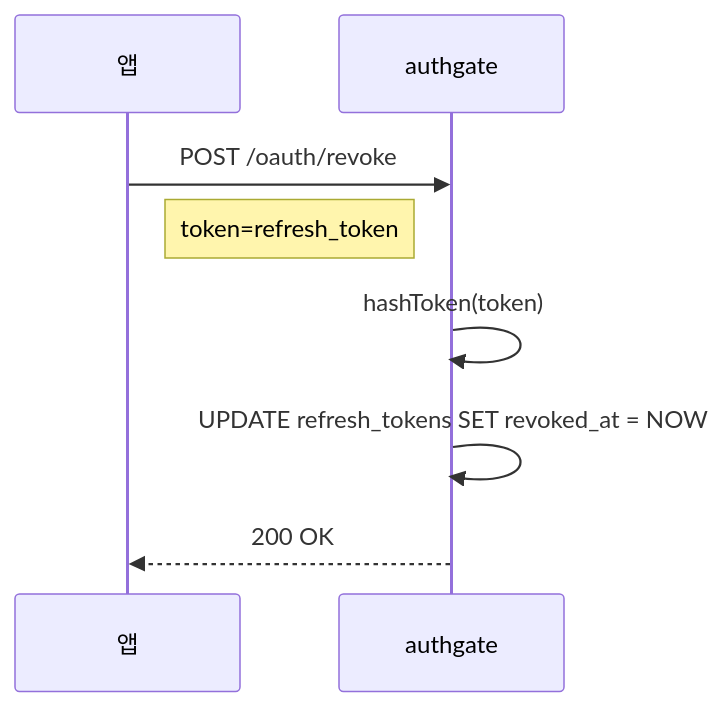
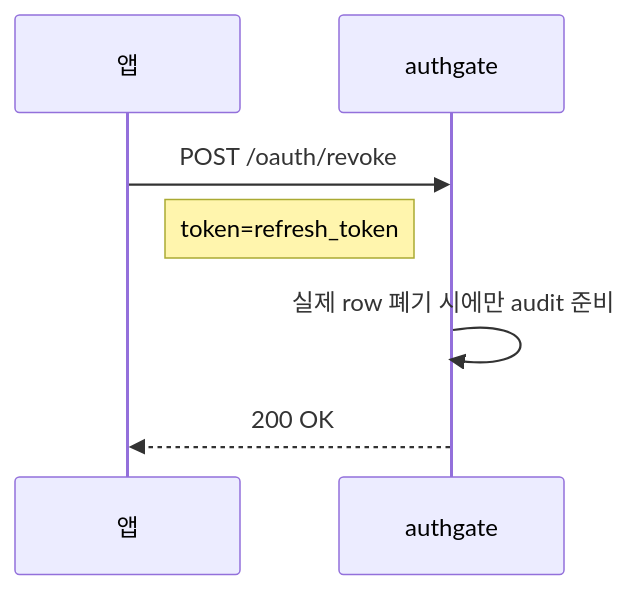
The fourth of 4 diagrams in docs/spec/005-token-lifecycle.md (cagojeiger/authgate), drawn with Mermaid before and after one commit. The commit also changed other lines of this file and 15 other files, not shown here.

````diff
--- a/docs/spec/005-token-lifecycle.md
+++ b/docs/spec/005-token-lifecycle.md
@@ -201,12 +198,11 @@
 ```mermaid
 sequenceDiagram
     participant App as 앱
     participant AG as authgate
 
     App->>AG: POST /oauth/revoke
     Note right of App: token=refresh_token
 
-    AG->>AG: hashToken(token)
-    AG->>AG: UPDATE refresh_tokens SET revoked_at = NOW
+    AG->>AG: 실제 row 폐기 시에만 audit 준비
     AG-->>App: 200 OK
 ```
````
